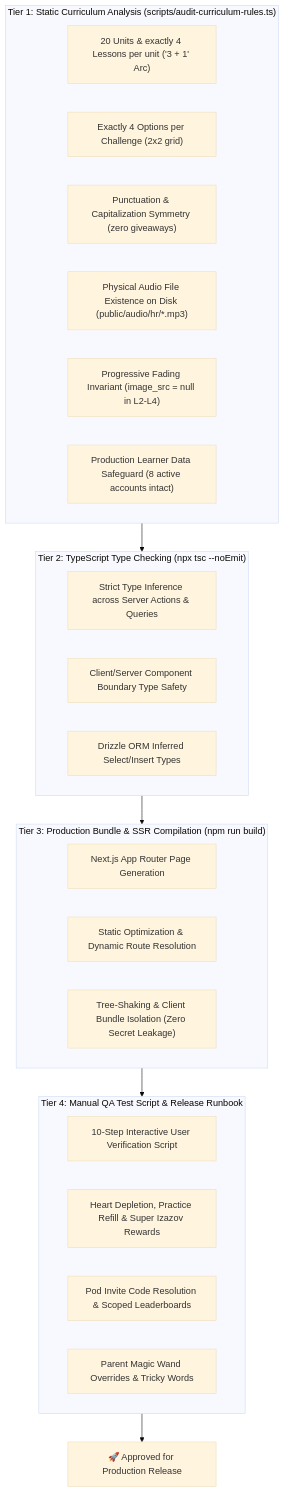
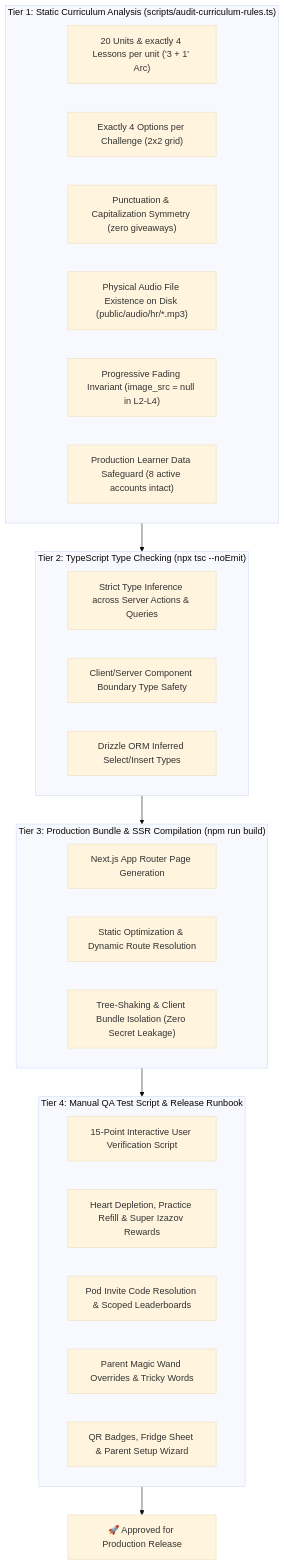
One commit to AdminPhil/2lingo changed the diagram in docs/8. TESTING_AND_QA.md. Above: the diagram before and after it, drawn with Mermaid (base theme). The commit also changed other lines of this file, not shown here.

Commit message:
docs(qa): update testing and QA runbook with 15-point checklist

````diff
--- a/docs/8. TESTING_AND_QA.md
+++ b/docs/8. TESTING_AND_QA.md
@@ -15,32 +15,33 @@
 ```mermaid
 flowchart TD
     subgraph Tier1 ["Tier 1: Static Curriculum Analysis (scripts/audit-curriculum-rules.ts)"]
         T1_1["20 Units & exactly 4 Lessons per unit ('3 + 1' Arc)"]
         T1_2["Exactly 4 Options per Challenge (2x2 grid)"]
         T1_3["Punctuation & Capitalization Symmetry (zero giveaways)"]
         T1_4["Physical Audio File Existence on Disk (public/audio/hr/*.mp3)"]
         T1_5["Progressive Fading Invariant (image_src = null in L2-L4)"]
         T1_6["Production Learner Data Safeguard (8 active accounts intact)"]
     end
 
     subgraph Tier2 ["Tier 2: TypeScript Type Checking (npx tsc --noEmit)"]
         T2_1["Strict Type Inference across Server Actions & Queries"]
         T2_2["Client/Server Component Boundary Type Safety"]
         T2_3["Drizzle ORM Inferred Select/Insert Types"]
     end
 
     subgraph Tier3 ["Tier 3: Production Bundle & SSR Compilation (npm run build)"]
         T3_1["Next.js App Router Page Generation"]
         T3_2["Static Optimization & Dynamic Route Resolution"]
         T3_3["Tree-Shaking & Client Bundle Isolation (Zero Secret Leakage)"]
     end
 
     subgraph Tier4 ["Tier 4: Manual QA Test Script & Release Runbook"]
-        T4_1["10-Step Interactive User Verification Script"]
+        T4_1["15-Point Interactive User Verification Script"]
         T4_2["Heart Depletion, Practice Refill & Super Izazov Rewards"]
         T4_3["Pod Invite Code Resolution & Scoped Leaderboards"]
         T4_4["Parent Magic Wand Overrides & Tricky Words"]
+        T4_5["QR Badges, Fridge Sheet & Parent Setup Wizard"]
     end
 
     Tier1 --> Tier2 --> Tier3 --> Tier4 --> Release["🚀 Approved for Production Release"]
 ```
````
